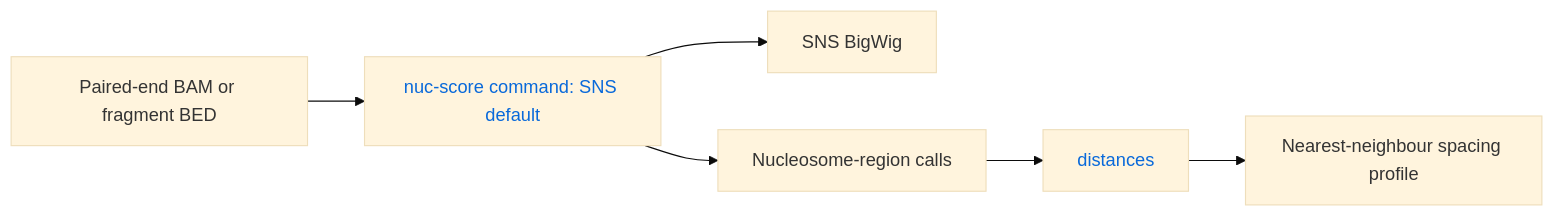
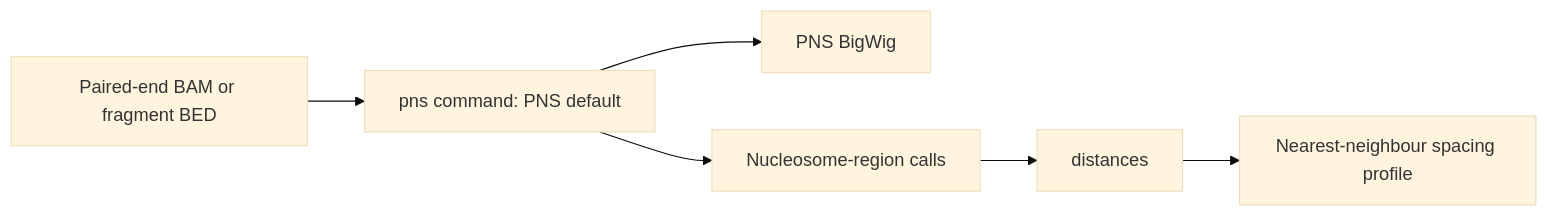
The third of 18 diagrams in docs/WORKFLOWS.md (adjohnston85/NucleoSuite), drawn with Mermaid (base theme) before and after one commit. The commit also changed other lines of this file and 84 other files, not shown here.

````diff
--- a/docs/WORKFLOWS.md
+++ b/docs/WORKFLOWS.md
@@ -59,13 +53,8 @@
 ```mermaid
 flowchart LR
-    A[Paired-end BAM or fragment BED] --> B[nuc-score command: SNS default]
-    B --> C[SNS BigWig]
+    A[Paired-end BAM or fragment BED] --> B[pns command: PNS default]
+    B --> C[PNS BigWig]
     B --> D[Nucleosome-region calls]
     D --> E[distances]
     E --> F[Nearest-neighbour spacing profile]
-
-    classDef commandLink color:#0969da,text-decoration:none;
-    class B,E commandLink;
-    click B href "https://github.com/adjohnston85/NucleoSuite/blob/main/docs/commands/nuc-score.md" "Open nuc-score documentation"
-    click E href "https://github.com/adjohnston85/NucleoSuite/blob/main/docs/commands/distances.md" "Open distances documentation"
 ```
````
